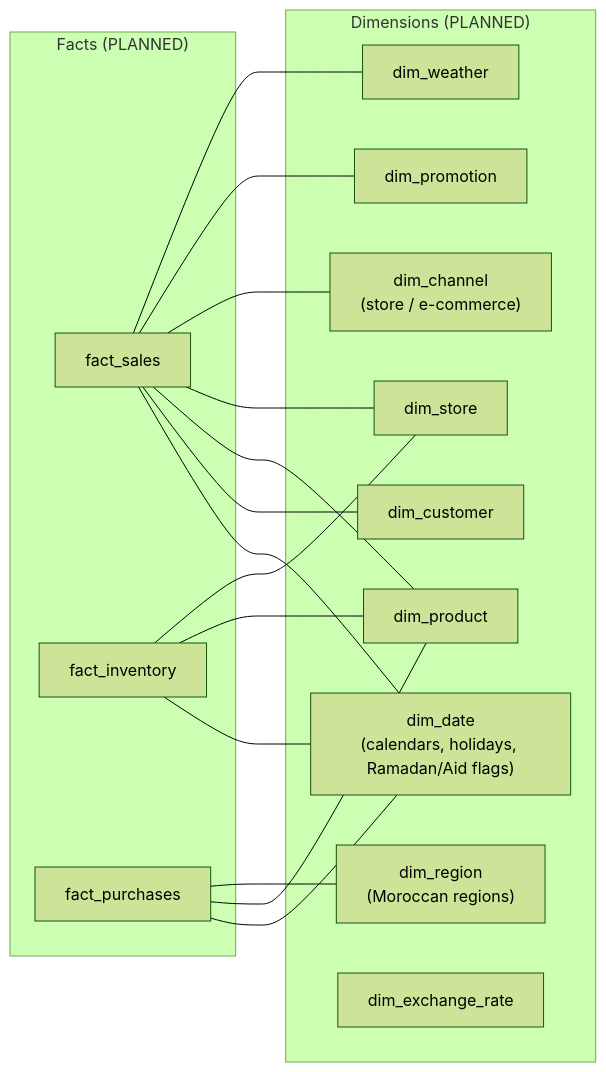
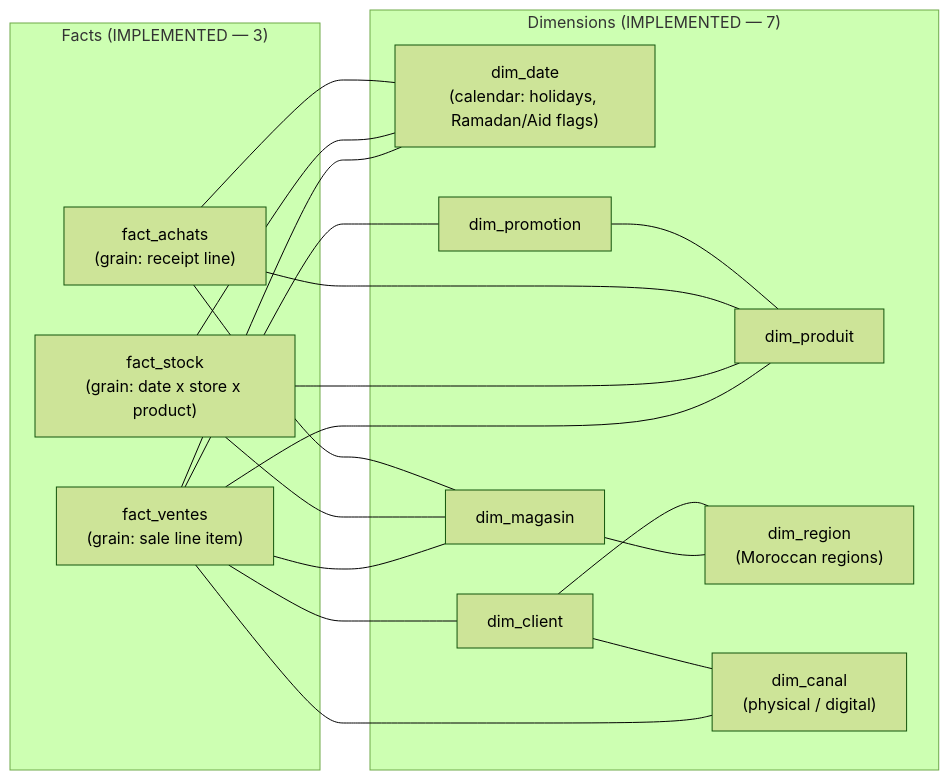
The second of 2 diagrams in docs/architecture/transformation.md (youssefelbajoury/morocco-retail-intelligence-data-platform), drawn with Mermaid (forest theme) before and after one commit. The commit also changed other lines of this file and 286 other files, not shown here.

````diff
--- a/docs/architecture/transformation.md
+++ b/docs/architecture/transformation.md
@@ -61,34 +79,35 @@
 ```mermaid
 flowchart LR
-    subgraph Dimensions["Dimensions (PLANNED)"]
-        D1["dim_date<br/>(calendars, holidays, Ramadan/Aid flags)"]
-        D2["dim_customer"]
-        D3["dim_product"]
-        D4["dim_store"]
+    subgraph Dimensions["Dimensions (IMPLEMENTED — 7)"]
+        D1["dim_date<br/>(calendar: holidays, Ramadan/Aid flags)"]
+        D2["dim_client"]
+        D3["dim_produit"]
+        D4["dim_magasin"]
         D5["dim_region<br/>(Moroccan regions)"]
-        D6["dim_channel<br/>(store / e-commerce)"]
+        D6["dim_canal<br/>(physical / digital)"]
         D7["dim_promotion"]
-        D8["dim_weather"]
-        D9["dim_exchange_rate"]
     end
 
-    subgraph Facts["Facts (PLANNED)"]
-        F1["fact_sales"]
-        F2["fact_inventory"]
-        F3["fact_purchases"]
+    subgraph Facts["Facts (IMPLEMENTED — 3)"]
+        F1["fact_ventes<br/>(grain: sale line item)"]
+        F2["fact_stock<br/>(grain: date x store x product)"]
+        F3["fact_achats<br/>(grain: receipt line)"]
     end
 
     F1 --- D1
     F1 --- D2
     F1 --- D3
     F1 --- D4
     F1 --- D6
     F1 --- D7
-    F1 --- D8
     F2 --- D1
     F2 --- D3
     F2 --- D4
     F3 --- D1
     F3 --- D3
-    F3 --- D5
+    F3 --- D4
+    D4 --- D5
+    D2 --- D5
+    D2 --- D6
+    D7 --- D3
 ```
````
